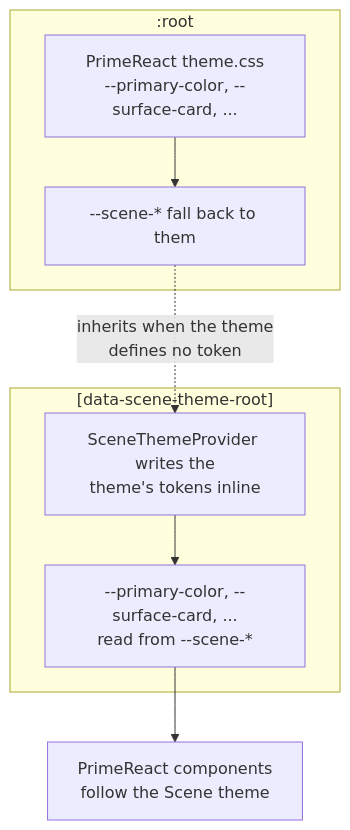
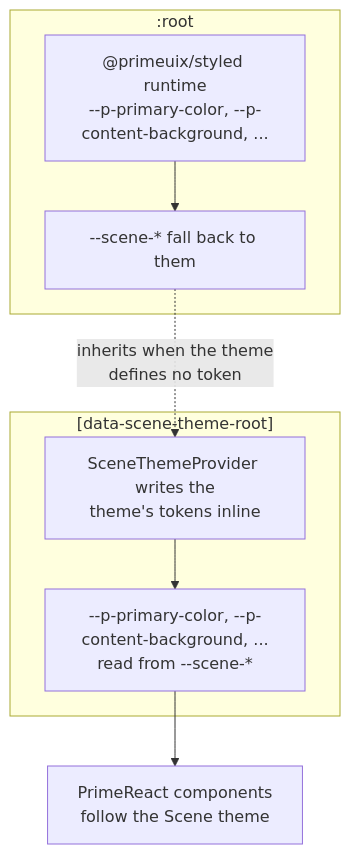
Before and after one commit to Cratis/Scene: the diagram in Documentation/primereact-package/understanding-design-tokens.md, drawn with Mermaid. The commit also changed other lines of this file and 190 other files, not shown here.

First line of the commit message:
Move to PrimeReact 11 and @cratis/components 3.0.0 (#18)

````diff
--- a/Documentation/primereact-package/understanding-design-tokens.md
+++ b/Documentation/primereact-package/understanding-design-tokens.md
@@ -48,15 +48,15 @@
 ```mermaid
 flowchart TD
     subgraph root [":root"]
-        PT["PrimeReact theme.css<br/>--primary-color, --surface-card, ..."]
+        PT["@primeuix/styled runtime<br/>--p-primary-color, --p-content-background, ..."]
         ST["--scene-* fall back to them"]
         PT --> ST
     end
     subgraph themed ["[data-scene-theme-root]"]
         Inline["SceneThemeProvider writes the<br/>theme's tokens inline"]
-        Back["--primary-color, --surface-card, ...<br/>read from --scene-*"]
+        Back["--p-primary-color, --p-content-background, ...<br/>read from --scene-*"]
         Inline --> Back
     end
     ST -.->|inherits when the theme<br/>defines no token| Inline
     Back --> Components["PrimeReact components<br/>follow the Scene theme"]
 ```
````
